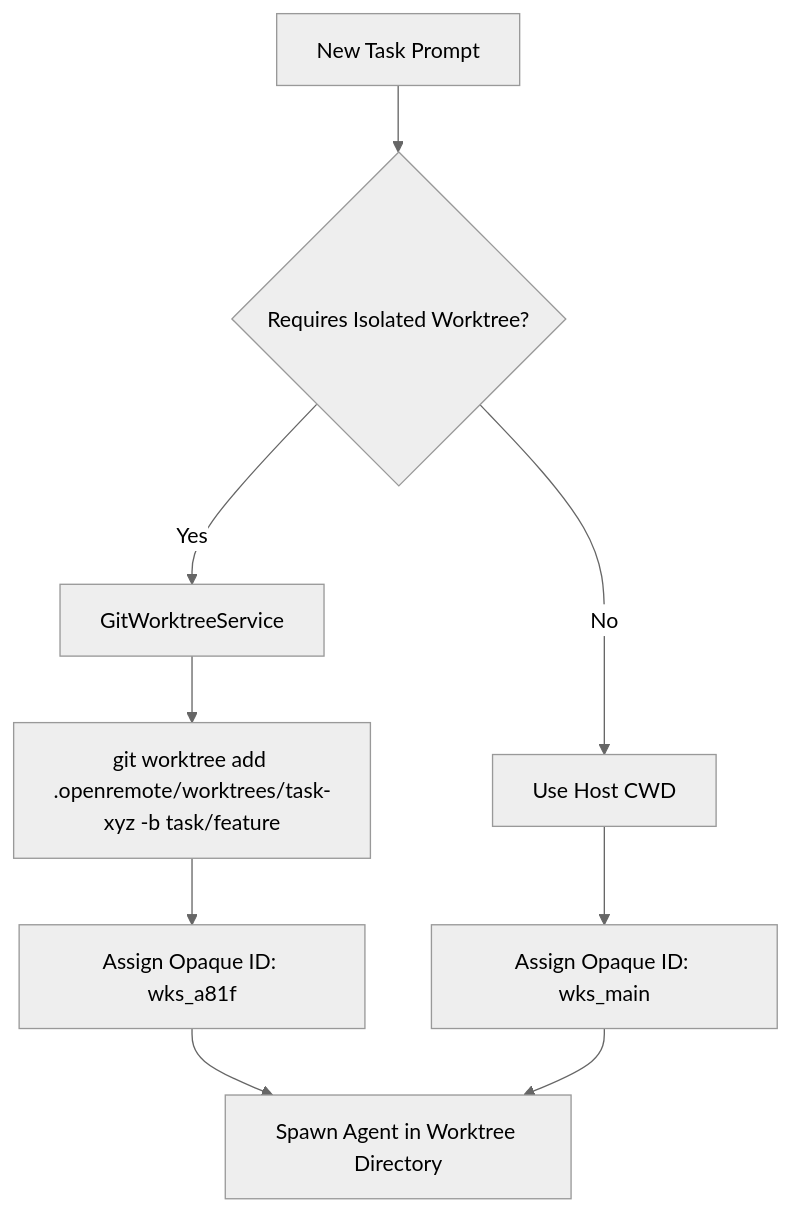
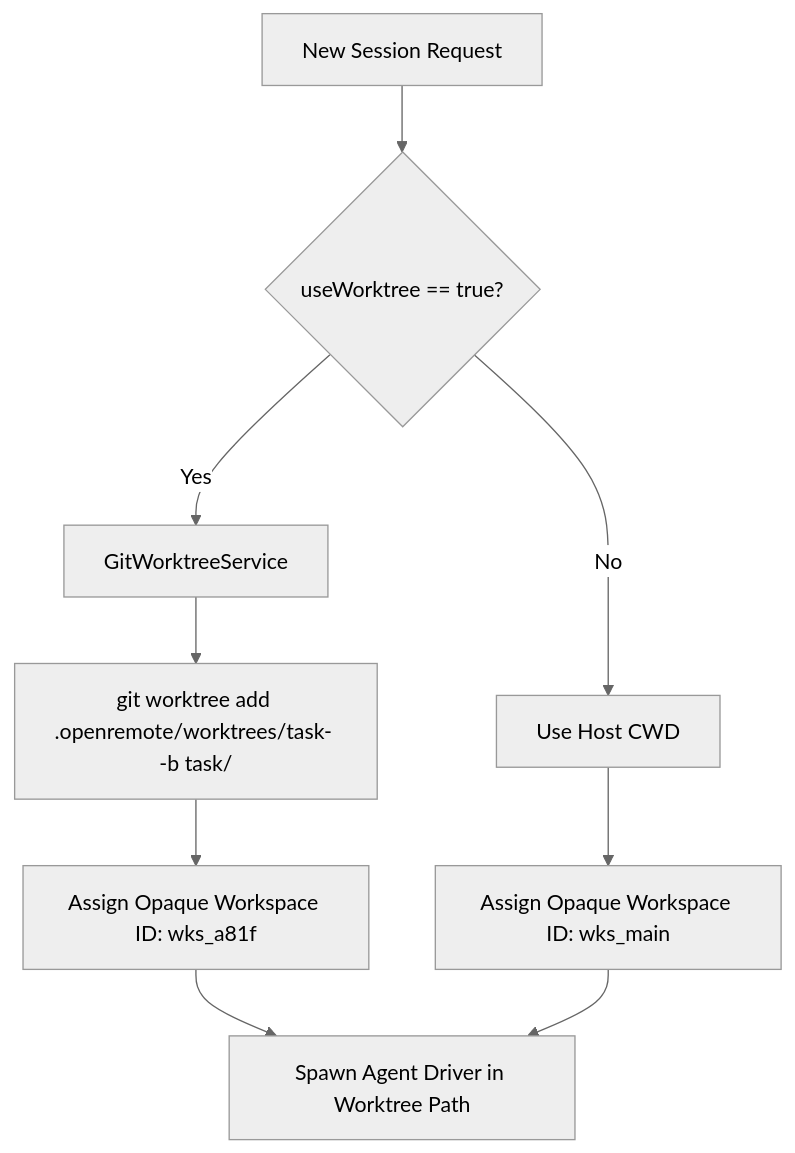
One commit to morewebs/OpenRemote changed the third of 3 diagrams in docs/spec/02_CORE_DAEMON_SPEC.md. Above: the diagram before and after it, drawn with Mermaid (neutral theme). The commit also changed other lines of this file and 12 other files, not shown here.

````diff
--- a/docs/spec/02_CORE_DAEMON_SPEC.md
+++ b/docs/spec/02_CORE_DAEMON_SPEC.md
@@ -110,12 +177,13 @@
 ```mermaid
 graph TD
-    UserReq[New Task Prompt] --> Decider{Requires Isolated Worktree?}
+    UserReq[New Session Request] --> Decider{useWorktree == true?}
     Decider -->|Yes| CreateWT[GitWorktreeService]
     Decider -->|No| AttachCWD[Use Host CWD]
 
-    CreateWT --> ForkBranch[git worktree add .openremote/worktrees/task-xyz -b task/feature]
-    ForkBranch --> GenID[Assign Opaque ID: wks_a81f]
-    GenID --> SpawnAgent[Spawn Agent in Worktree Directory]
-    AttachCWD --> GenID2[Assign Opaque ID: wks_main]
+    CreateWT --> ForkBranch["git worktree add .openremote/worktrees/task-<hash> -b task/<name>"]
+    ForkBranch --> GenID[Assign Opaque Workspace ID: wks_a81f]
+    GenID --> SpawnAgent[Spawn Agent Driver in Worktree Path]
+    
+    AttachCWD --> GenID2[Assign Opaque Workspace ID: wks_main]
     GenID2 --> SpawnAgent
 ```
````
